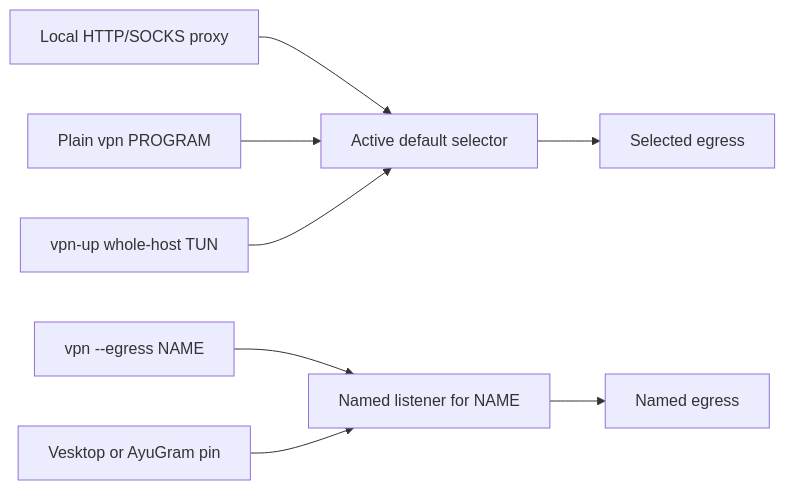
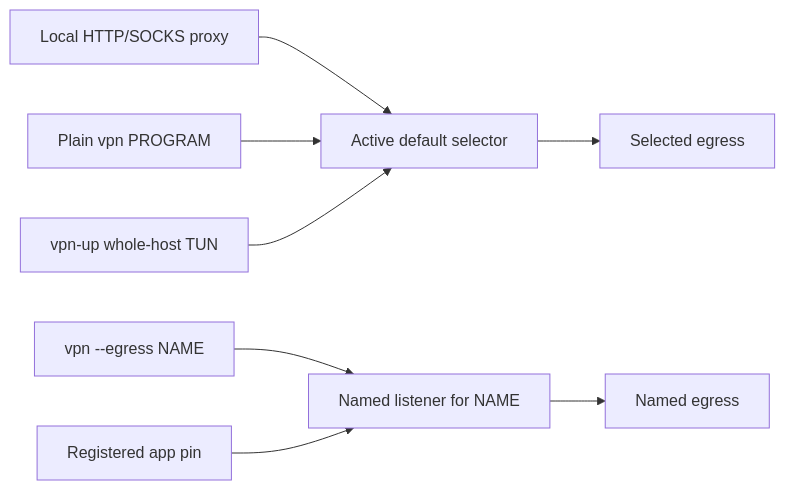
Before and after one commit to sorrtory/dotfiles: the diagram in docs/VPN.md, drawn with Mermaid. The commit also changed other lines of this file and 1 other file, not shown here.

Commit message:
docs: describe the VPNized app registry and management steps

````diff
--- a/docs/VPN.md
+++ b/docs/VPN.md
@@ -25,10 +25,10 @@
 ```mermaid
 flowchart LR
     P[Local HTTP/SOCKS proxy] --> D[Active default selector]
     U[Plain vpn PROGRAM] --> D
     H[vpn-up whole-host TUN] --> D
     N[vpn --egress NAME] --> L[Named listener for NAME]
-    A[Vesktop or AyuGram pin] --> L
+    A[Registered app pin] --> L
     D --> E[Selected egress]
     L --> R[Named egress]
 ```
````
